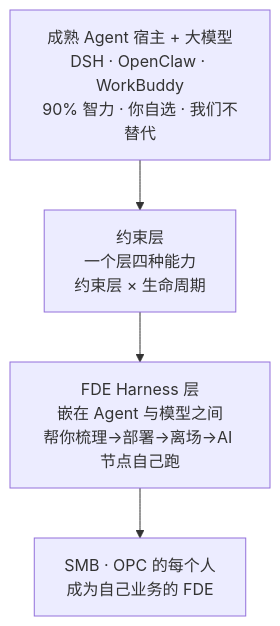
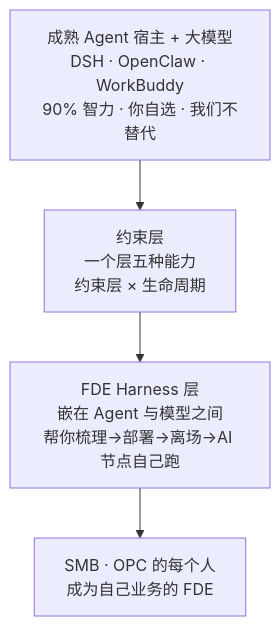
The first of 10 diagrams in docs/ARCHITECTURE.md (KongFangXun/sofagent), drawn with Mermaid before and after one commit. The commit also changed other lines of this file and 389 other files, not shown here.

````diff
--- a/docs/ARCHITECTURE.md
+++ b/docs/ARCHITECTURE.md
@@ -14,6 +14,6 @@
 ```mermaid
 graph TD
-    A[成熟 Agent 宿主 + 大模型<br/>DSH · OpenClaw · WorkBuddy<br/>90% 智力 · 你自选 · 我们不替代] --> B[约束层<br/>一个层四种能力<br/>约束层 × 生命周期]
+    A[成熟 Agent 宿主 + 大模型<br/>DSH · OpenClaw · WorkBuddy<br/>90% 智力 · 你自选 · 我们不替代] --> B[约束层<br/>一个层五种能力<br/>约束层 × 生命周期]
     B --> C[FDE Harness 层<br/>嵌在 Agent 与模型之间<br/>帮你梳理→部署→离场→AI 节点自己跑]
     C --> D[SMB · OPC 的每个人<br/>成为自己业务的 FDE]
 ```
````
